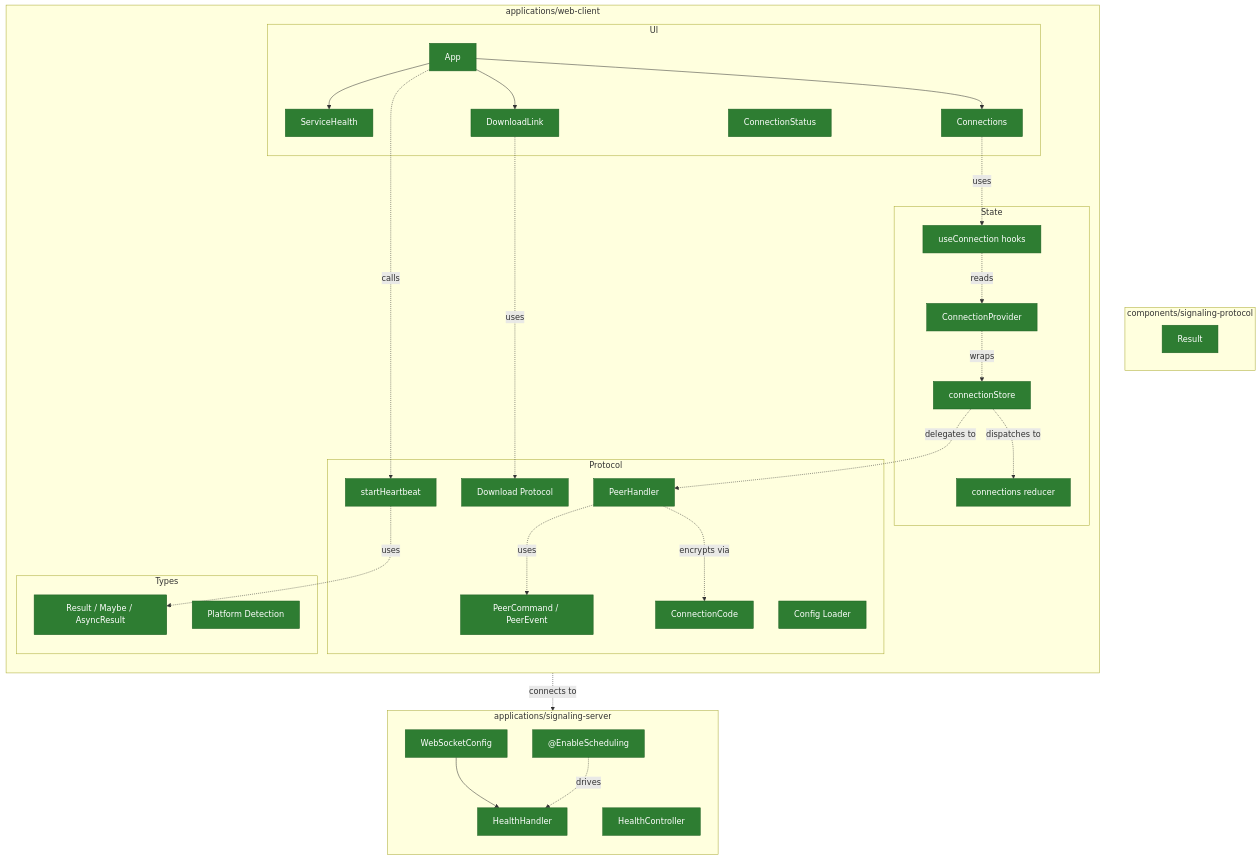
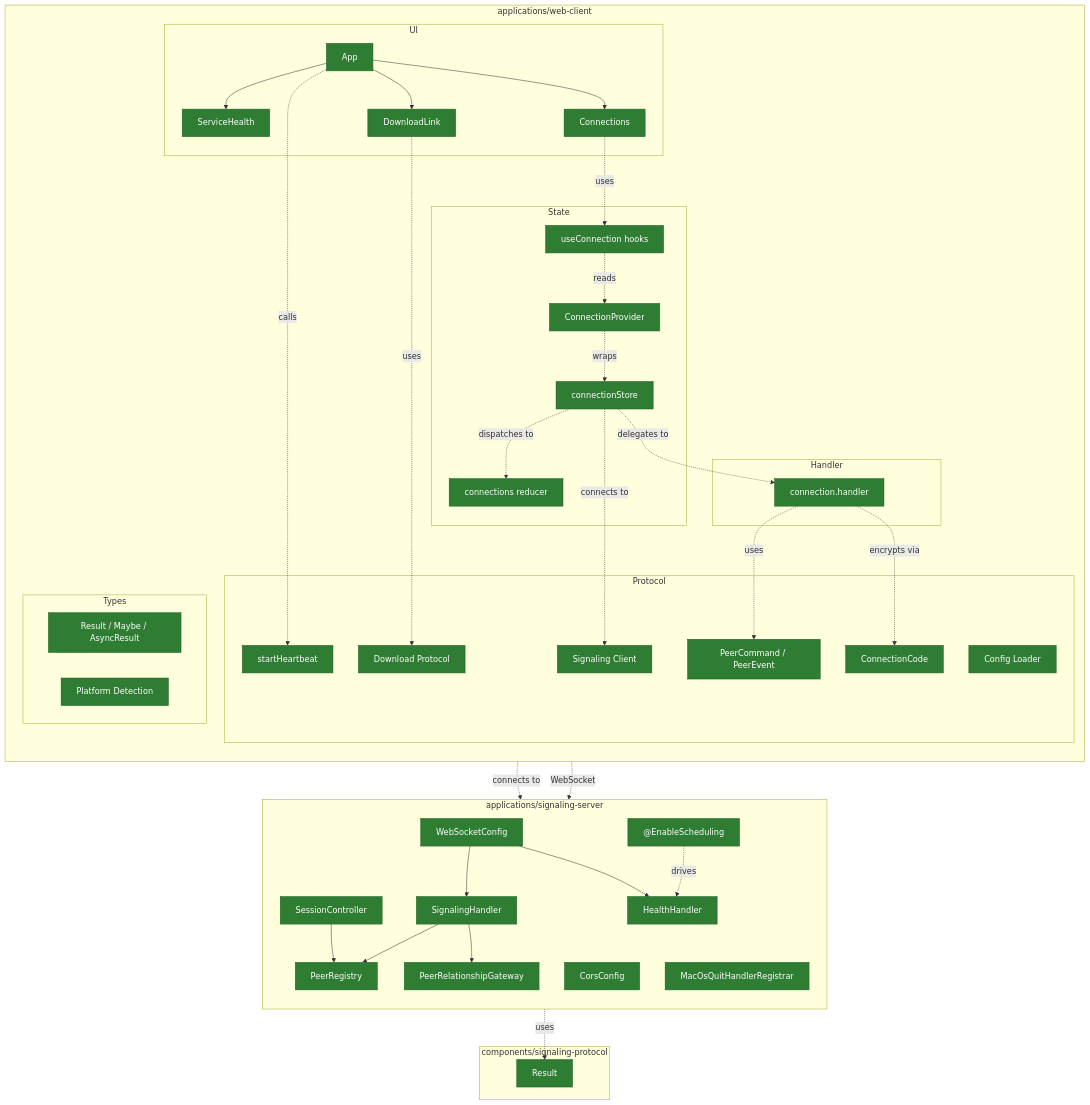
Before and after one commit to RyanDur/battleship: the first of 6 diagrams in docs/architecture.md, drawn with Mermaid. The commit also changed other lines of this file and 1 other file, not shown here.

First line of the commit message:
docs: update README and architecture to reflect current state through iteration 6

```diff
--- a/docs/architecture.md
+++ b/docs/architecture.md
@@ -6,9 +6,14 @@
 graph TB
     subgraph "applications/signaling-server"
         direction TB
-        WC[WebSocketConfig] --> HH[HealthHandler]
+        SC[SessionController] --> PR[PeerRegistry]
+        WC[WebSocketConfig] --> SH[SignalingHandler]
+        WC --> HH[HealthHandler]
+        SH --> PR
+        SH --> PRG[PeerRelationshipGateway]
         ES["@EnableScheduling"] -.->|drives| HH
-        HC[HealthController]
+        CC[CorsConfig]
+        QH[MacOsQuitHandlerRegistrar]
     end
 
     subgraph "components/signaling-protocol"
@@ -21,7 +26,6 @@
             APP[App] --> SHC[ServiceHealth]
             APP --> DL[DownloadLink]
             APP --> CONN[Connections]
-            CS[ConnectionStatus]
         end
         subgraph "State"
             CP[ConnectionProvider]
@@ -30,12 +34,15 @@
             UCH[useConnection hooks]
         end
         subgraph "Protocol"
+            SIG[Signaling Client]
             HB[startHeartbeat]
-            PH[PeerHandler]
-            CC[ConnectionCode]
+            COD[ConnectionCode]
             CFG[Config Loader]
             DLProto[Download Protocol]
             WT[PeerCommand / PeerEvent]
+        end
+        subgraph "Handler"
+            PH[connection.handler]
         end
         subgraph "Types"
             RS[Result / Maybe / AsyncResult]
@@ -46,19 +53,26 @@
     APP -.->|calls| HB
     HB -.->|connects to| HH
     DL -.->|uses| DLProto
-    HB -.->|uses| RS
     CONN -.->|uses| UCH
     UCH -.->|reads| CP
     CP -.->|wraps| CST
     CST -.->|dispatches to| RED
     CST -.->|delegates to| PH
+    CST -.->|connects to| SIG
+    SIG -.->|WebSocket| SH
     PH -.->|uses| WT
-    PH -.->|encrypts via| CC
+    PH -.->|encrypts via| COD
+    SH -.->|uses| RT
 
-    style HC fill:#2e7d32,stroke:#1b5e20,color:#fff
+    style SC fill:#2e7d32,stroke:#1b5e20,color:#fff
+    style SH fill:#2e7d32,stroke:#1b5e20,color:#fff
+    style PR fill:#2e7d32,stroke:#1b5e20,color:#fff
+    style PRG fill:#2e7d32,stroke:#1b5e20,color:#fff
     style HH fill:#2e7d32,stroke:#1b5e20,color:#fff
     style WC fill:#2e7d32,stroke:#1b5e20,color:#fff
     style ES fill:#2e7d32,stroke:#1b5e20,color:#fff
+    style CC fill:#2e7d32,stroke:#1b5e20,color:#fff
+    style QH fill:#2e7d32,stroke:#1b5e20,color:#fff
     style RT fill:#2e7d32,stroke:#1b5e20,color:#fff
     style APP fill:#2e7d32,stroke:#1b5e20,color:#fff
     style SHC fill:#2e7d32,stroke:#1b5e20,color:#fff
@@ -68,12 +82,12 @@
     style CST fill:#2e7d32,stroke:#1b5e20,color:#fff
     style RED fill:#2e7d32,stroke:#1b5e20,color:#fff
     style UCH fill:#2e7d32,stroke:#1b5e20,color:#fff
+    style SIG fill:#2e7d32,stroke:#1b5e20,color:#fff
     style HB fill:#2e7d32,stroke:#1b5e20,color:#fff
     style RS fill:#2e7d32,stroke:#1b5e20,color:#fff
     style PH fill:#2e7d32,stroke:#1b5e20,color:#fff
-    style CC fill:#2e7d32,stroke:#1b5e20,color:#fff
+    style COD fill:#2e7d32,stroke:#1b5e20,color:#fff
     style CFG fill:#2e7d32,stroke:#1b5e20,color:#fff
-    style CS fill:#2e7d32,stroke:#1b5e20,color:#fff
     style WT fill:#2e7d32,stroke:#1b5e20,color:#fff
     style PL fill:#2e7d32,stroke:#1b5e20,color:#fff
     style DLProto fill:#2e7d32,stroke:#1b5e20,color:#fff
```
